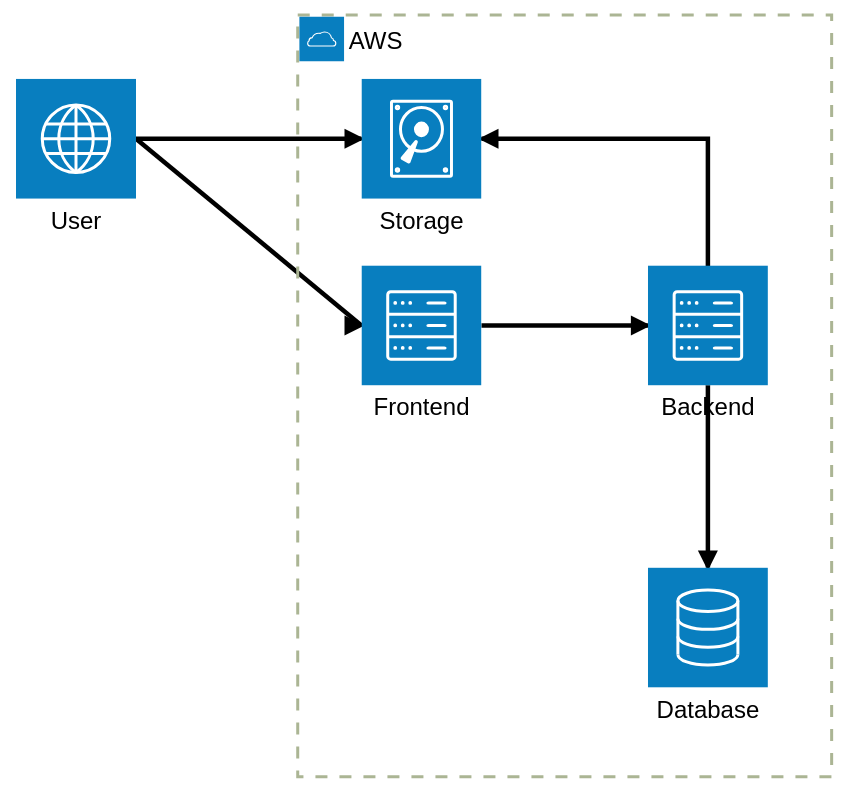
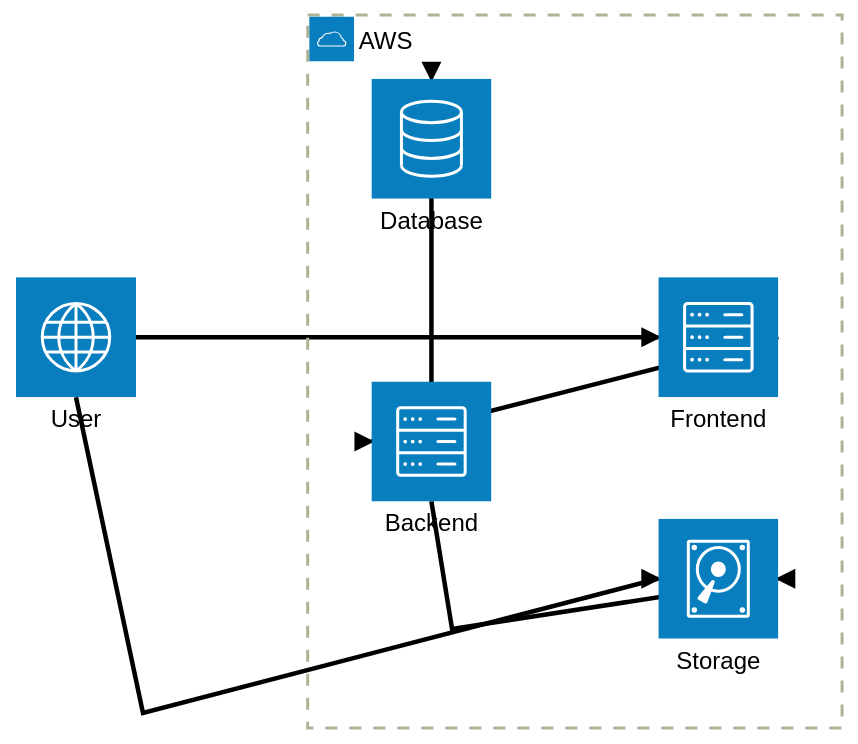
One commit to danielwohlgemuth/free-genai-bootcamp-2025 changed the diagram in aws/proof-of-concept/mermaid-architecture.md. Above: the diagram before and after it, drawn with Mermaid (forest theme).

Commit message:
Improve mermaid layout

````diff
--- a/aws/proof-of-concept/mermaid-architecture.md
+++ b/aws/proof-of-concept/mermaid-architecture.md
@@ -2,16 +2,16 @@
 ```mermaid
 architecture-beta
     group aws(cloud)[AWS]
 
     service web(internet)[User]
     service frontend(server)[Frontend] in aws
     service backend(server)[Backend] in aws
     service database(database)[Database] in aws
     service storage(disk)[Storage] in aws
 
     web:R --> L:frontend
     frontend:R --> L:backend
     backend:B --> T:database
     backend:B --> R:storage
-    web:R --> L:storage
+    web:B --> L:storage
 ```
````
